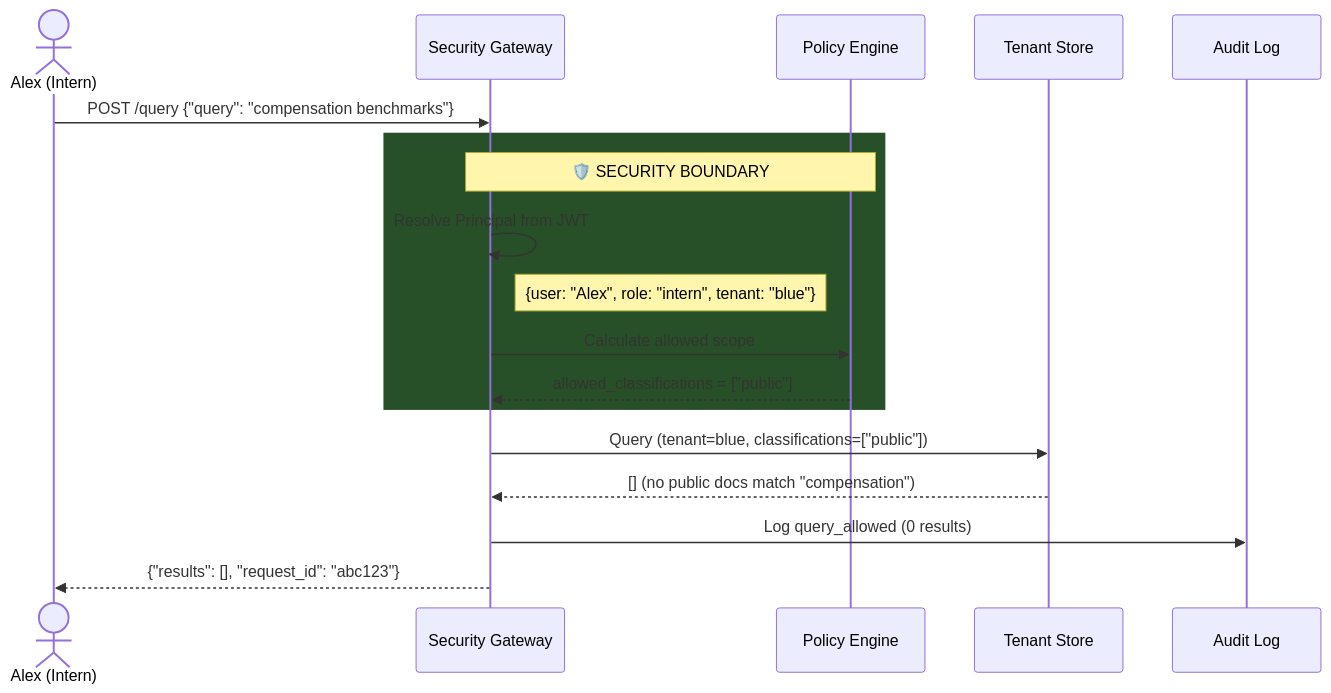
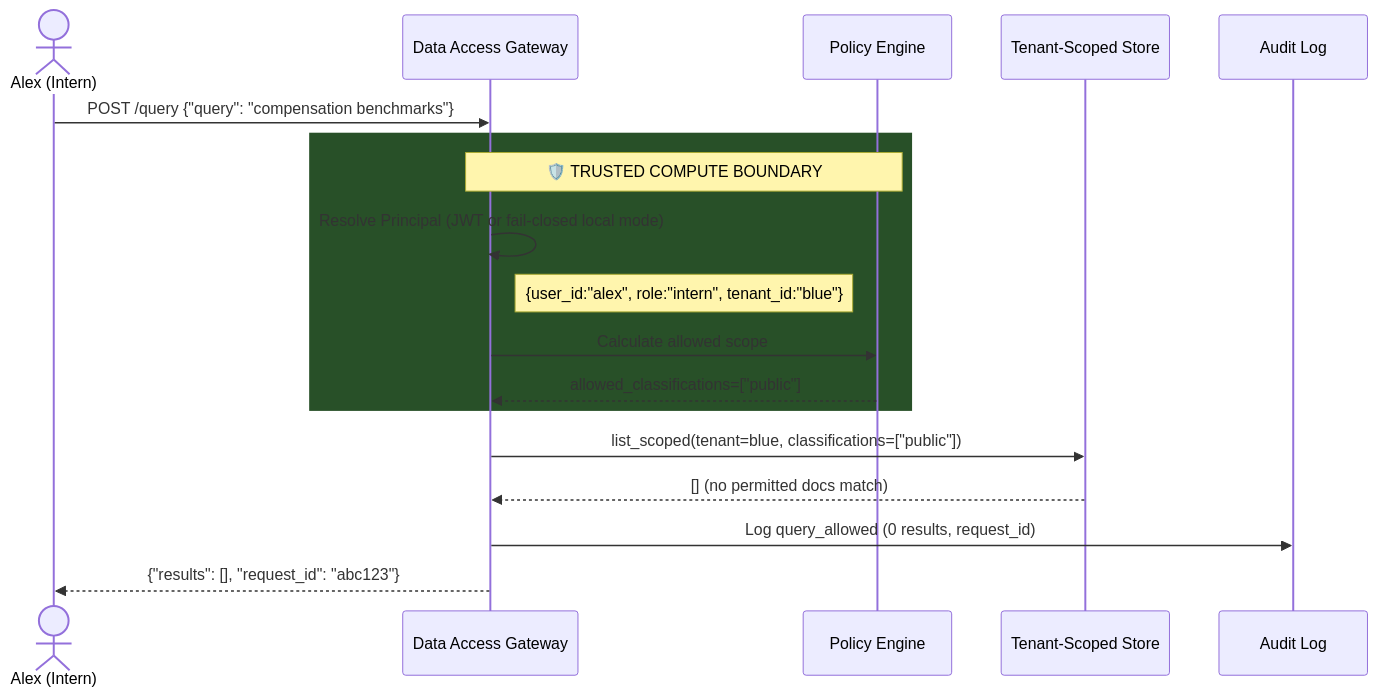
The second of 2 diagrams in docs/case_study_intern_attack.md (eugene-infosec/ai-security-gateway), drawn with Mermaid before and after one commit. The commit also changed other lines of this file and 34 other files, not shown here.

````diff
--- a/docs/case_study_intern_attack.md
+++ b/docs/case_study_intern_attack.md
@@ -55,24 +61,24 @@
 ```mermaid
 sequenceDiagram
     actor Alex as Alex (Intern)
-    participant GW as Security Gateway
+    participant GW as Data Access Gateway
     participant Policy as Policy Engine
-    participant Store as Tenant Store
+    participant Store as Tenant-Scoped Store
     participant Audit as Audit Log
 
     Alex->>GW: POST /query {"query": "compensation benchmarks"}
 
     rect rgb(40, 80, 40)
-        Note over GW,Policy: 🛡️ SECURITY BOUNDARY
-        GW->>GW: Resolve Principal from JWT
-        Note right of GW: {user: "Alex", role: "intern", tenant: "blue"}
+        Note over GW,Policy: 🛡️ TRUSTED COMPUTE BOUNDARY
+        GW->>GW: Resolve Principal (JWT or fail-closed local mode)
+        Note right of GW: {user_id:"alex", role:"intern", tenant_id:"blue"}
         GW->>Policy: Calculate allowed scope
-        Policy-->>GW: allowed_classifications = ["public"]
+        Policy-->>GW: allowed_classifications=["public"]
     end
 
-    GW->>Store: Query (tenant=blue, classifications=["public"])
-    Store-->>GW: [] (no public docs match "compensation")
+    GW->>Store: list_scoped(tenant=blue, classifications=["public"])
+    Store-->>GW: [] (no permitted docs match)
 
-    GW->>Audit: Log query_allowed (0 results)
+    GW->>Audit: Log query_allowed (0 results, request_id)
     GW-->>Alex: {"results": [], "request_id": "abc123"}
 ```
````
